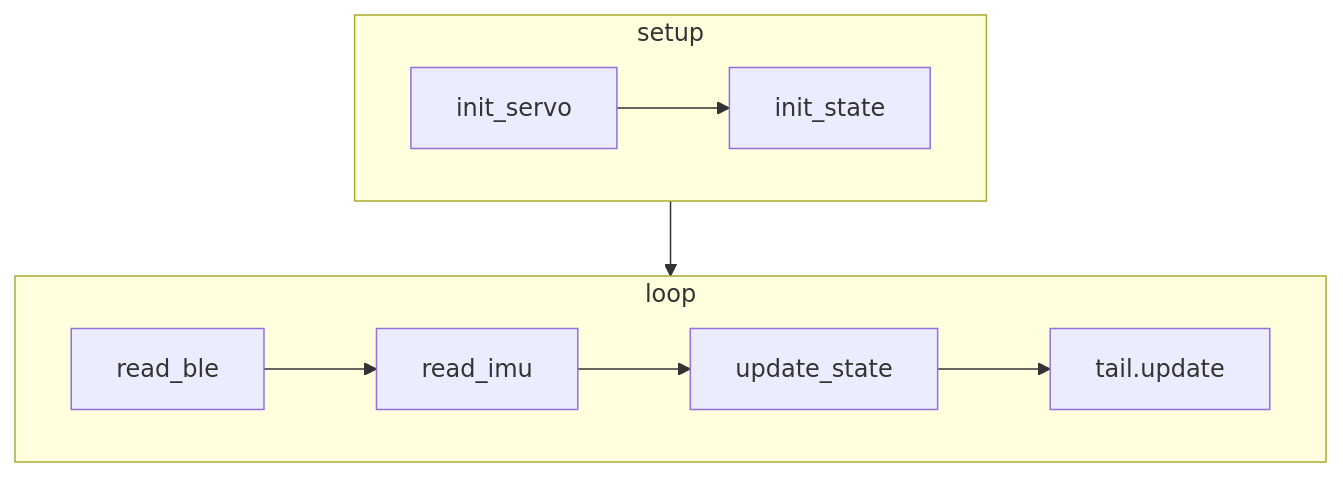
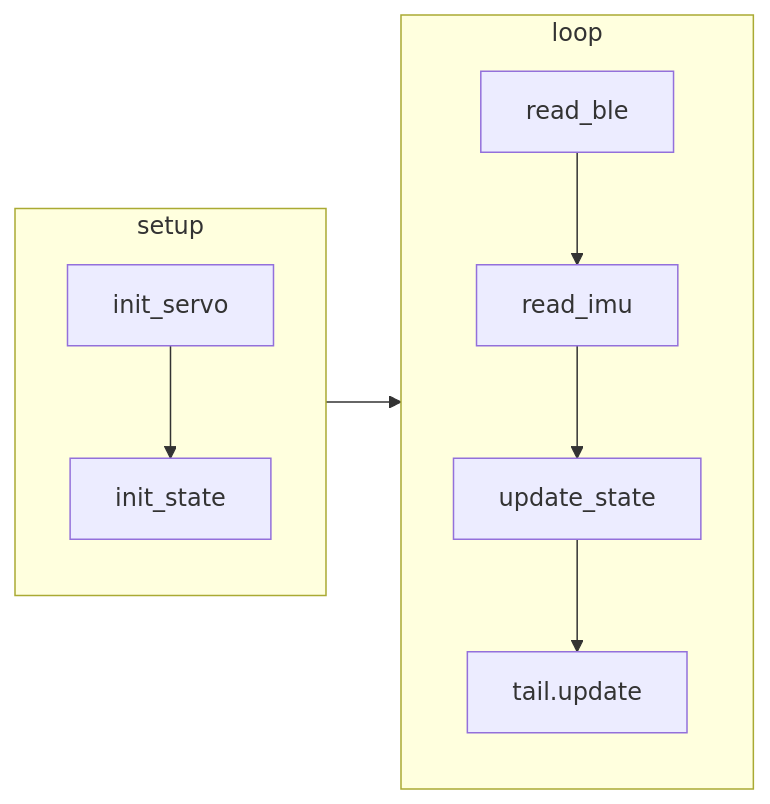
One commit to botamochi6277/tail-controller changed the diagram in README.md. Above: the diagram before and after it, drawn with Mermaid. The commit also changed other lines of this file and 3 other files, not shown here.

````diff
--- a/README.md
+++ b/README.md
@@ -7,20 +5,20 @@
 ```mermaid
-graph TD
+graph LR
 
 subgraph setup
 
 init_servo-->init_state
 
 
 end
 
 subgraph loop
 
 read_ble-->read_imu-->update_state-->tail.update
 
 end
 
 setup-->loop
 
 
 ```
````
